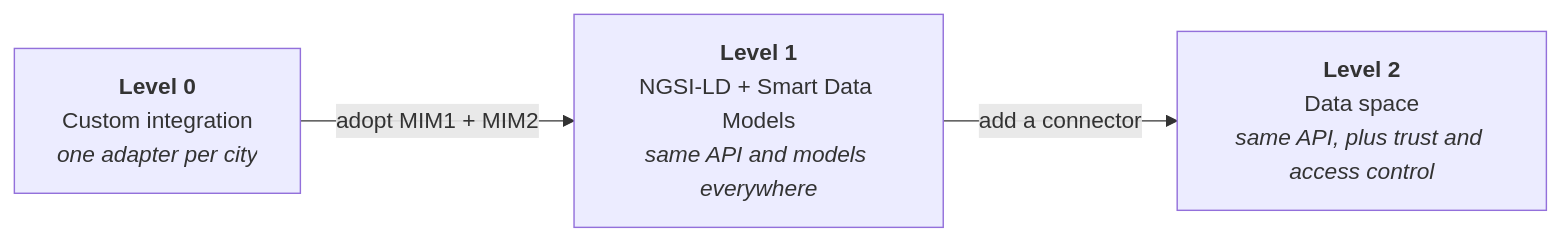
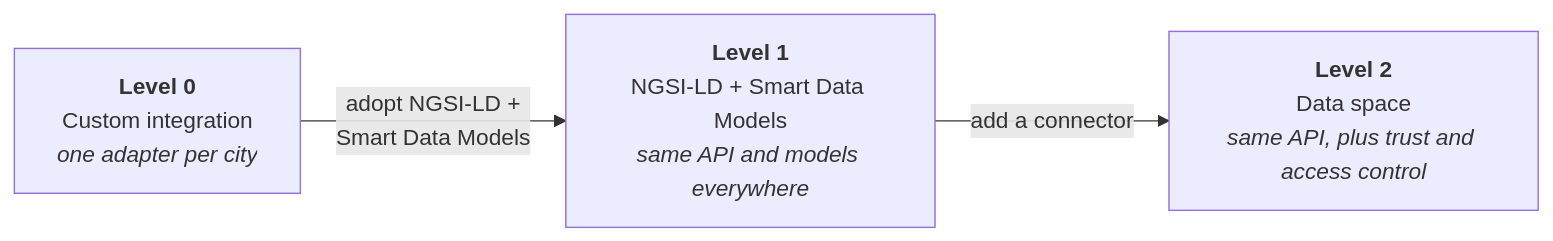
Before and after one commit to CitComAI-Hub/CitComAI-Hub.github.io: the diagram in docs/getting_started/interoperability.md, drawn with Mermaid. The commit also changed other lines of this file and 3 other files, not shown here.

First line of the commit message:
docs(interoperability): MIMs Plus v9, NGSI-LD and Smart Data Models as one package

````diff
--- a/docs/getting_started/interoperability.md
+++ b/docs/getting_started/interoperability.md
@@ -21,8 +25,8 @@
 ```mermaid
 flowchart LR
     L0["<b>Level 0</b><br/>Custom integration<br/><i>one adapter per city</i>"]
     L1["<b>Level 1</b><br/>NGSI-LD + Smart Data Models<br/><i>same API and models everywhere</i>"]
     L2["<b>Level 2</b><br/>Data space<br/><i>same API, plus trust and access control</i>"]
-    L0 -- "adopt MIM1 + MIM2" --> L1
+    L0 -- "adopt NGSI-LD +<br/>Smart Data Models" --> L1
     L1 -- "add a connector" --> L2
 ```
````
